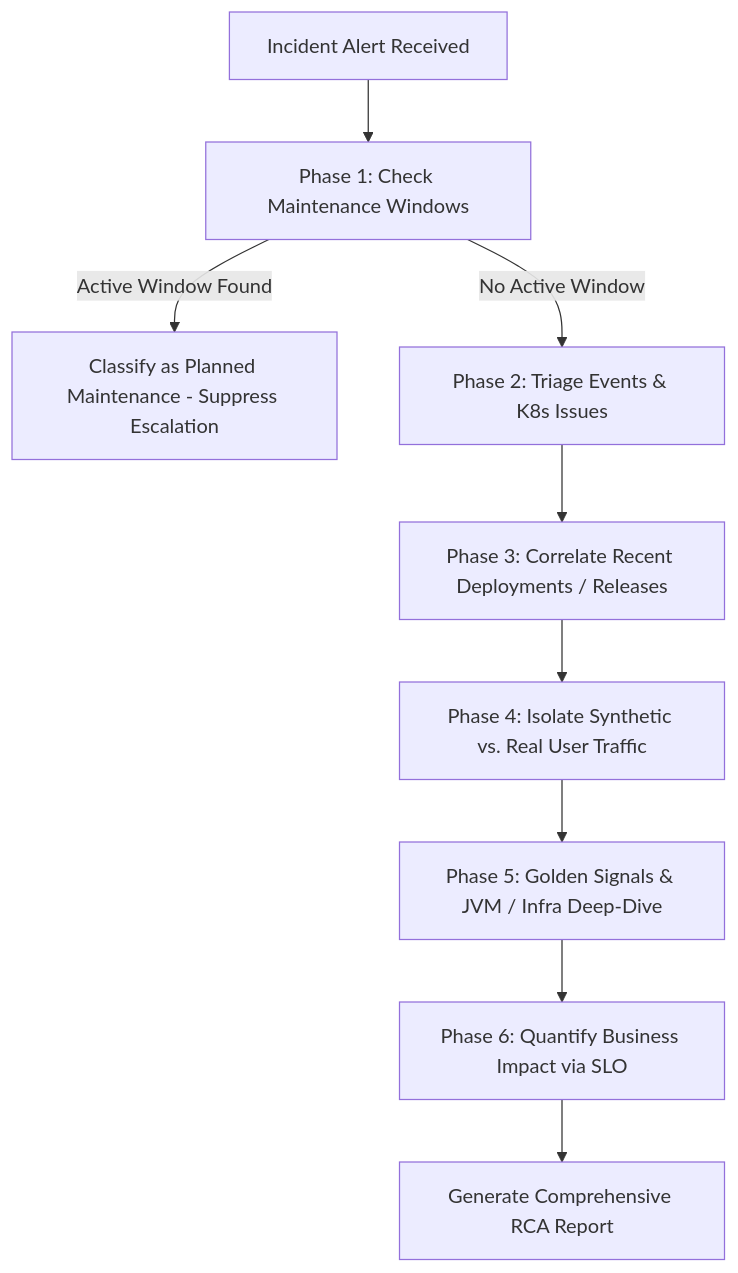
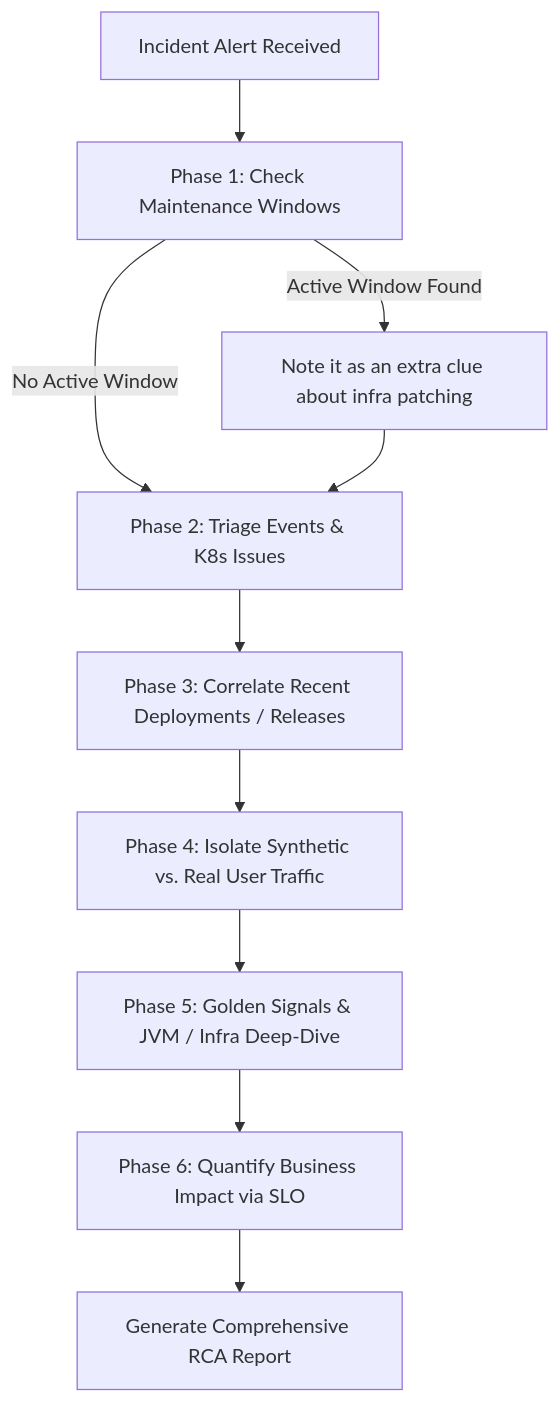
Before and after one commit to causaai/causa: the diagram in src/main/resources/skills/instana-diagnostics/SKILL.md, drawn with Mermaid. The commit also changed other lines of this file, not shown here.

Commit message:
updating skills to use maintenance window as clue

````diff
--- a/src/main/resources/skills/instana-diagnostics/SKILL.md
+++ b/src/main/resources/skills/instana-diagnostics/SKILL.md
@@ -50,12 +50,13 @@
 ```mermaid
 flowchart TD
     Start[Incident Alert Received] --> Phase1[Phase 1: Check Maintenance Windows]
-    Phase1 -->|Active Window Found| Maint[Classify as Planned Maintenance - Suppress Escalation]
+    Phase1 -->|Active Window Found| Cue[Note it as an extra clue about infra patching]
     Phase1 -->|No Active Window| Phase2[Phase 2: Triage Events & K8s Issues]
+    Cue --> Phase2
     
     Phase2 --> Phase3[Phase 3: Correlate Recent Deployments / Releases]
     Phase3 --> Phase4[Phase 4: Isolate Synthetic vs. Real User Traffic]
     Phase4 --> Phase5[Phase 5: Golden Signals & JVM / Infra Deep-Dive]
     Phase5 --> Phase6[Phase 6: Quantify Business Impact via SLO]
     Phase6 --> Report[Generate Comprehensive RCA Report]
 ```
````
